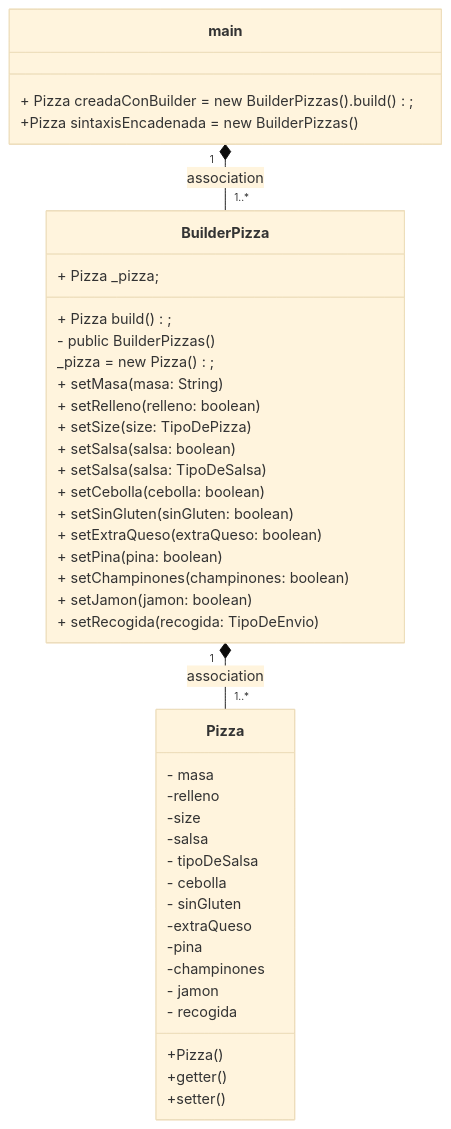
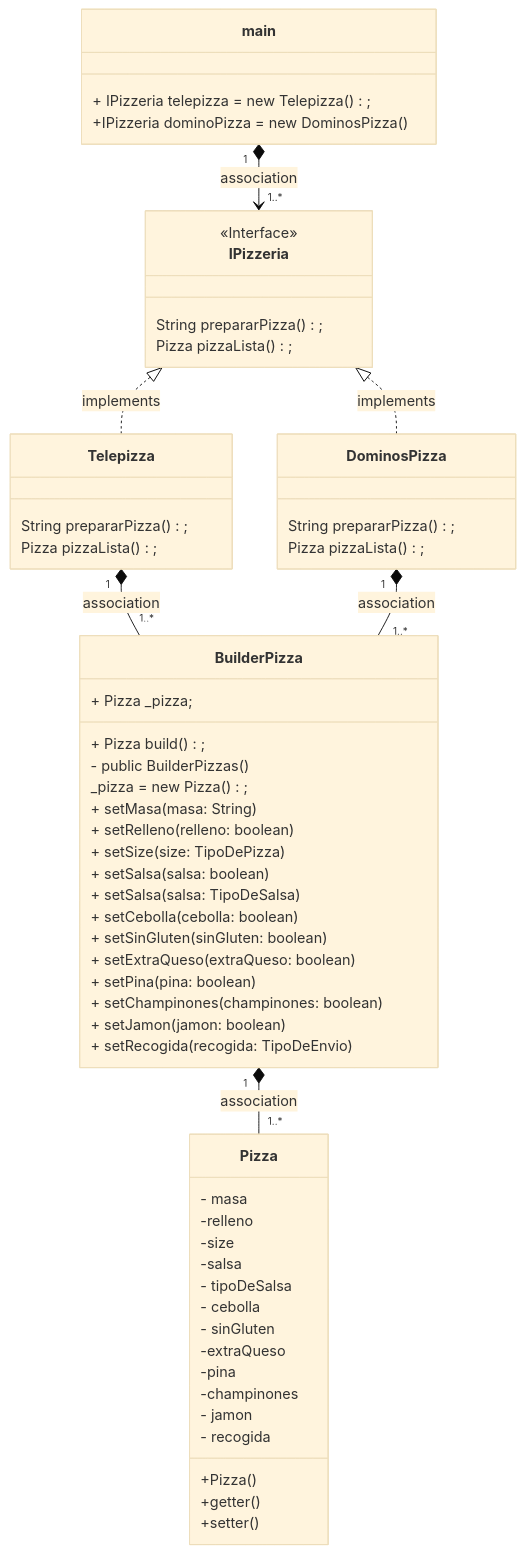
Before and after one commit to WindaLobo/PatroBuilder: the diagram in Readme.md, drawn with Mermaid (base theme). The commit also changed 6 other files, not shown here.

`````diff
--- a/Readme.md
+++ b/Readme.md
@@ -14,51 +14,74 @@
 ````mermaid
 classDiagram
     
       BuilderPizza "1" *-- "1..*" Pizza : association
           
-      main "1" *-- "1..*" BuilderPizza : association
+          
+      Telepizza "1" *-- "1..*" BuilderPizza : association
+       DominosPizza "1" *-- "1..*" BuilderPizza : association
+     
+       main "1" *-->"1..*" IPizzeria : association
       
            class main{
-       + Pizza creadaConBuilder = new BuilderPizzas().build();
-       +Pizza sintaxisEncadenada = new BuilderPizzas()
+       + IPizzeria telepizza = new Telepizza();
+       +IPizzeria dominoPizza = new DominosPizza()
      
       }
       
       class BuilderPizza{
       + Pizza _pizza;
       + Pizza build();
       - public BuilderPizzas() 
        _pizza = new Pizza();
       + setMasa(masa: String)            
       + setRelleno(relleno: boolean)     
       + setSize(size: TipoDePizza)       
       + setSalsa(salsa: boolean)         
       + setSalsa(salsa: TipoDeSalsa)  
       + setCebolla(cebolla: boolean)     
       + setSinGluten(sinGluten: boolean) 
       + setExtraQueso(extraQueso: boolean)
       + setPina(pina: boolean)           
       + setChampinones(champinones: boolean)
       + setJamon(jamon: boolean)
       + setRecogida(recogida: TipoDeEnvio)
       
        }
          class Pizza{
         - masa
         -relleno
         -size
         -salsa 
         - tipoDeSalsa 
         - cebolla
         - sinGluten 
         -extraQueso 
         -pina
         -champinones  
         - jamon       
         - recogida       
         +Pizza()
         +getter()
         +setter()
            } 
+              <<Interface>>IPizzeria
+           class IPizzeria{
+             String prepararPizza();
+             Pizza  pizzaLista();
+           
+           }
+           IPizzeria <|.. Telepizza: implements
+           class Telepizza{
+            String prepararPizza();
+             Pizza  pizzaLista();
+           
+           }
+            IPizzeria <|.. DominosPizza: implements
+           class DominosPizza{
+            String prepararPizza();
+             Pizza  pizzaLista();
+           
+           }
+           
     
 ````
`````
